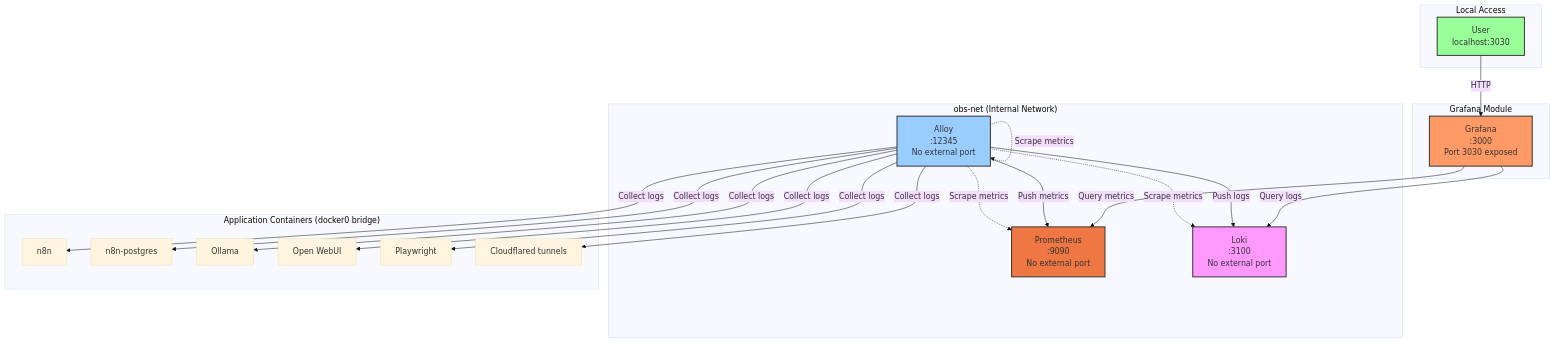
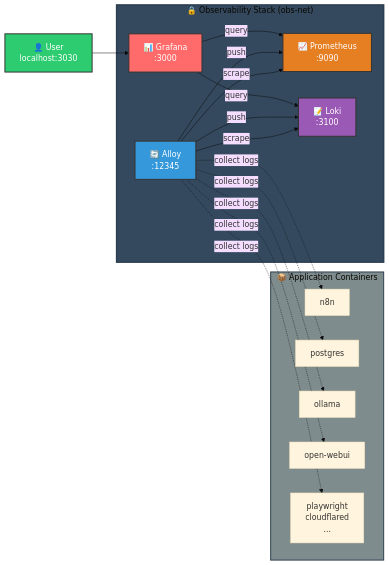
Before and after one commit to degser00/Docker-Techstack: the diagram in modules/observability/docs/phase2-complete-doc.md, drawn with Mermaid (base theme).

Commit message:
Refactor architecture diagram for observability stack

````diff
--- a/modules/observability/docs/phase2-complete-doc.md
+++ b/modules/observability/docs/phase2-complete-doc.md
@@ -214,48 +214,41 @@
 ```mermaid
-graph TB
-    subgraph "Local Access"
-        User[User<br/>localhost:3030]
+graph LR
+    User[👤 User<br/>localhost:3030] --> Grafana
+
+    subgraph obs["🔒 Observability Stack (obs-net)"]
+        Grafana[📊 Grafana<br/>:3000]
+        Prometheus[📈 Prometheus<br/>:9090]
+        Loki[📝 Loki<br/>:3100]
+        Alloy[🔄 Alloy<br/>:12345]
     end
 
-    subgraph "Grafana Module"
-        Grafana[Grafana<br/>:3000<br/>Port 3030 exposed]
+    subgraph apps["📦 Application Containers"]
+        N8N[n8n]
+        Postgres[postgres]
+        Ollama[ollama]
+        OpenWebUI[open-webui]
+        Other[playwright<br/>cloudflared<br/>...]
     end
 
-    subgraph "obs-net (Internal Network)"
-        Prometheus[Prometheus<br/>:9090<br/>No external port]
-        Loki[Loki<br/>:3100<br/>No external port]
-        Alloy[Alloy<br/>:12345<br/>No external port]
-    end
+    Grafana -->|query| Prometheus
+    Grafana -->|query| Loki
+    
+    Alloy -->|push| Prometheus
+    Alloy -->|push| Loki
+    Alloy -->|scrape| Prometheus
+    Alloy -->|scrape| Loki
+    
+    Alloy -.->|collect logs| N8N
+    Alloy -.->|collect logs| Postgres
+    Alloy -.->|collect logs| Ollama
+    Alloy -.->|collect logs| OpenWebUI
+    Alloy -.->|collect logs| Other
 
-    subgraph "Application Containers (docker0 bridge)"
-        N8N[n8n]
-        Postgres[n8n-postgres]
-        Ollama[Ollama]
-        OpenWebUI[Open WebUI]
-        Playwright[Playwright]
-        Cloudflared[Cloudflared tunnels]
-    end
-
-    User -->|HTTP| Grafana
-    Grafana -->|Query metrics| Prometheus
-    Grafana -->|Query logs| Loki
-    
-    Alloy -->|Push metrics| Prometheus
-    Alloy -->|Push logs| Loki
-    Alloy -.->|Scrape metrics| Prometheus
-    Alloy -.->|Scrape metrics| Loki
-    Alloy -.->|Scrape metrics| Alloy
-    
-    Alloy -->|Collect logs| N8N
-    Alloy -->|Collect logs| Postgres
-    Alloy -->|Collect logs| Ollama
-    Alloy -->|Collect logs| OpenWebUI
-    Alloy -->|Collect logs| Playwright
-    Alloy -->|Collect logs| Cloudflared
-
-    style Grafana fill:#f96,stroke:#333,stroke-width:2px
-    style Prometheus fill:#e74,stroke:#333,stroke-width:2px
-    style Loki fill:#f9f,stroke:#333,stroke-width:2px
-    style Alloy fill:#9cf,stroke:#333,stroke-width:2px
-    style User fill:#9f9,stroke:#333,stroke-width:2px
+    style Grafana fill:#ff6b6b,stroke:#333,stroke-width:2px,color:#fff
+    style Prometheus fill:#e67e22,stroke:#333,stroke-width:2px,color:#fff
+    style Loki fill:#9b59b6,stroke:#333,stroke-width:2px,color:#fff
+    style Alloy fill:#3498db,stroke:#333,stroke-width:2px,color:#fff
+    style User fill:#2ecc71,stroke:#333,stroke-width:2px,color:#fff
+    style obs fill:#34495e,stroke:#2c3e50,stroke-width:3px
+    style apps fill:#7f8c8d,stroke:#2c3e50,stroke-width:2px
 ```
````
